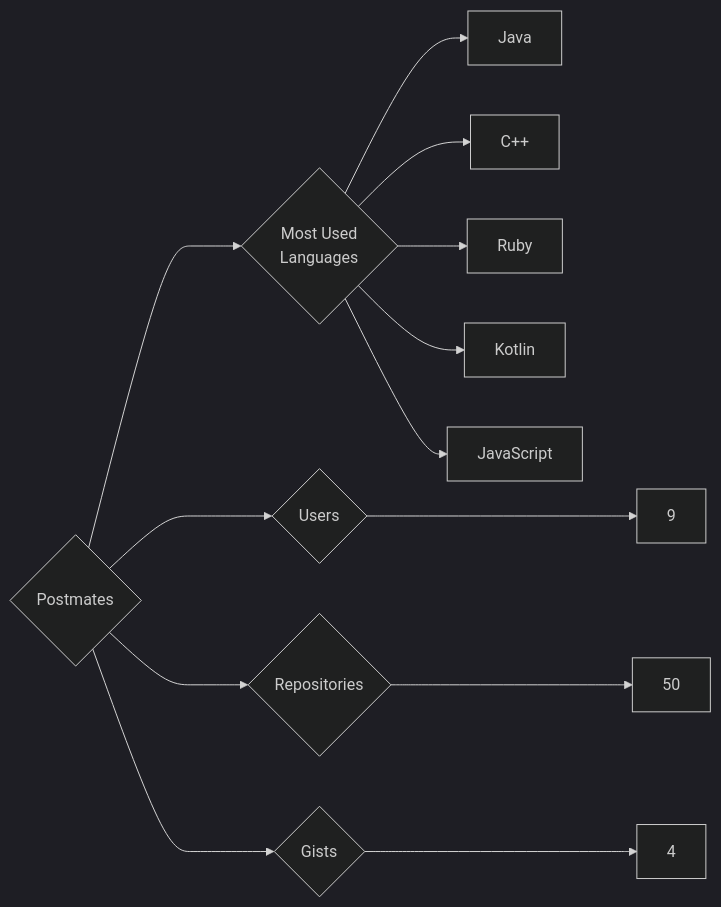
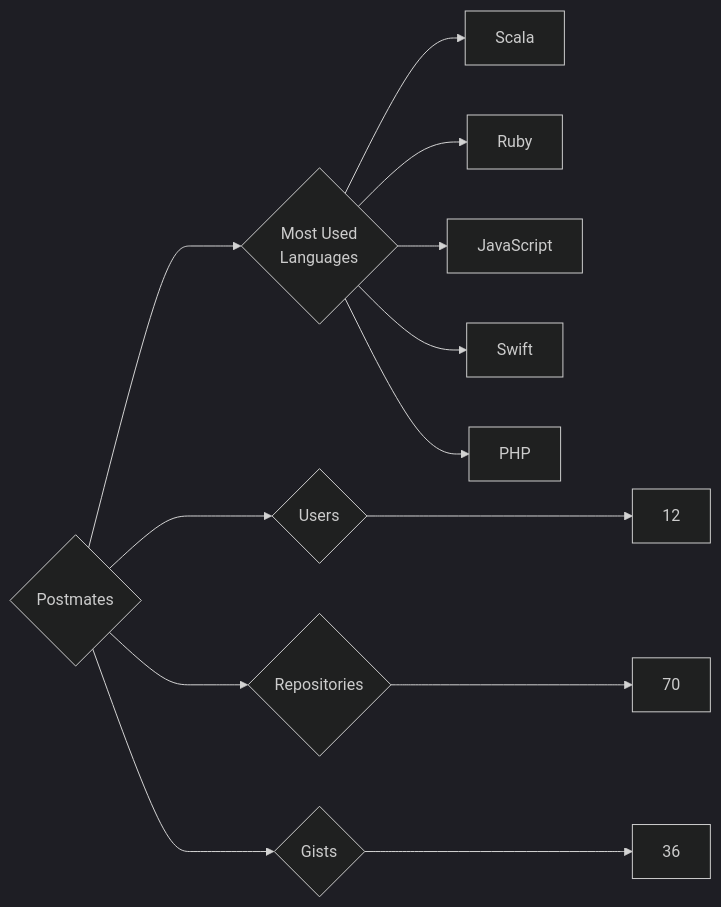
The diagram in targets/Postmates/README.md (trickest/insiders), drawn with Mermaid (dark theme) before and after one commit. The commit also changed 912 other files, not shown here.

````diff
--- a/targets/Postmates/README.md
+++ b/targets/Postmates/README.md
@@ -3,13 +3,13 @@
 ```mermaid
 graph LR
 COMPANY_NAME{Postmates}
-COMPANY_NAME ---> U{Users} ---> UN[9]
-COMPANY_NAME ---> R{Repositories} ---> RN[50]
-COMPANY_NAME ---> G{Gists} ---> GN[4]
+COMPANY_NAME ---> U{Users} ---> UN[12]
+COMPANY_NAME ---> R{Repositories} ---> RN[70]
+COMPANY_NAME ---> G{Gists} ---> GN[36]
 COMPANY_NAME ---> ML{Most Used<br>Languages}
-ML --> Java[Java]
-ML --> C++[C++]
+ML --> Scala[Scala]
 ML --> Ruby[Ruby]
-ML --> Kotlin[Kotlin]
 ML --> JavaScript[JavaScript]
+ML --> Swift[Swift]
+ML --> PHP[PHP]
 ```
````
